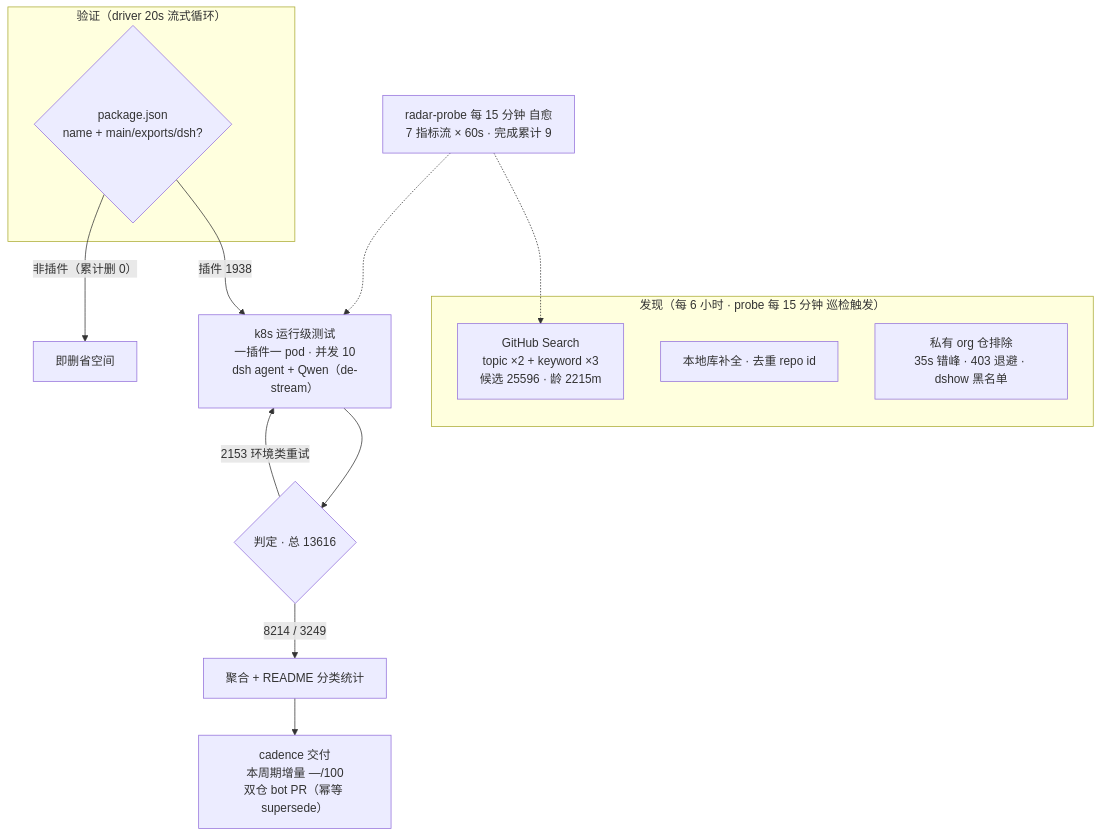
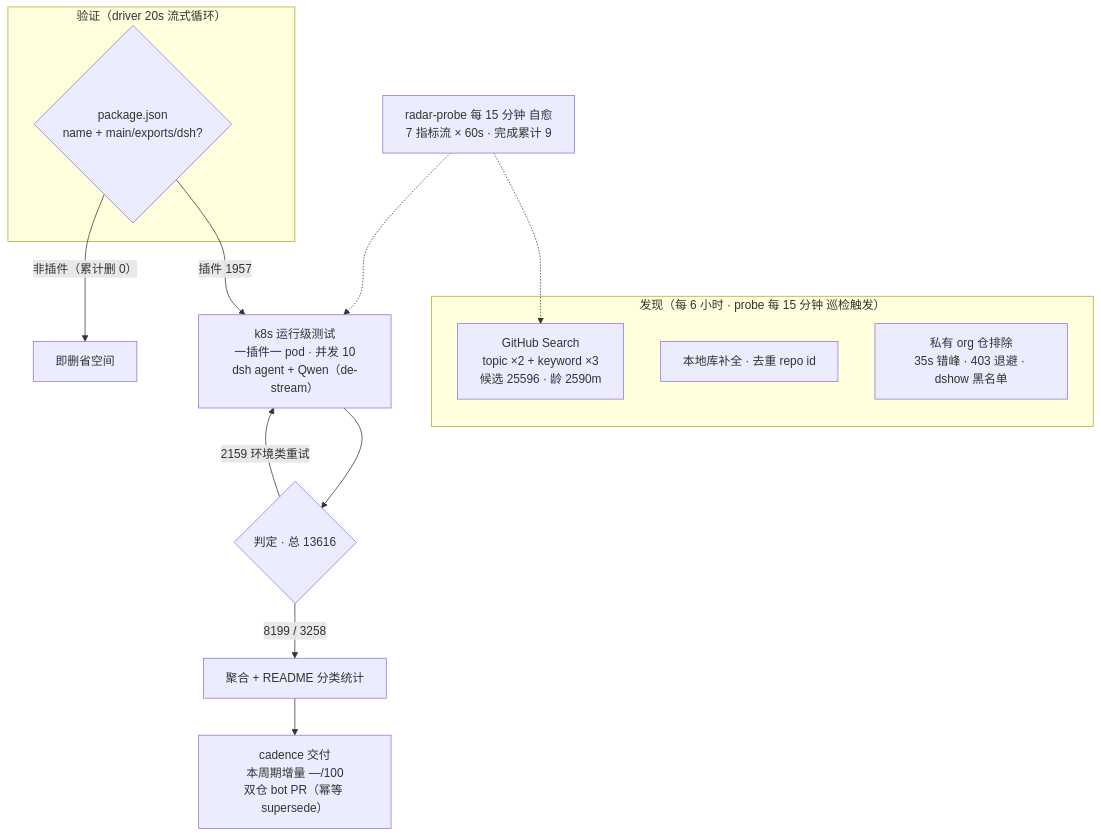
Before and after one commit to Zhidao-Lab-OSS/awesome-dsh-plugins: the diagram in README.md, drawn with Mermaid. The commit also changed other lines of this file and 1 other file, not shown here.

````diff
--- a/README.md
+++ b/README.md
@@ -54,20 +54,20 @@
 ```mermaid
 flowchart TB
     subgraph Discovery["发现（每 6 小时 · probe 每 15 分钟 巡检触发）"]
-        A1["GitHub Search<br/>topic ×2 + keyword ×3<br/>候选 25596 · 龄 2215m"]
+        A1["GitHub Search<br/>topic ×2 + keyword ×3<br/>候选 25596 · 龄 2590m"]
         A2["本地库补全 · 去重 repo id"]
         A3["私有 org 仓排除<br/>35s 错峰 · 403 退避 · dshow 黑名单"]
     end
     subgraph Validation["验证（driver 20s 流式循环）"]
         B1{"package.json<br/>name + main/exports/dsh?"}
     end
-    B1 -->|"插件 1938"| C1["k8s 运行级测试<br/>一插件一 pod · 并发 10<br/>dsh agent + Qwen（de-stream）"]
+    B1 -->|"插件 1957"| C1["k8s 运行级测试<br/>一插件一 pod · 并发 10<br/>dsh agent + Qwen（de-stream）"]
     B1 -->|"非插件（累计删 0）"| B3["即删省空间"]
     C1 --> D1{"判定 · 总 13616"}
-    D1 -->|"8214 / 3249"| E1["聚合 + README 分类统计"]
-    D1 -->|"2153 环境类重试"| C1
+    D1 -->|"8199 / 3258"| E1["聚合 + README 分类统计"]
+    D1 -->|"2159 环境类重试"| C1
     E1 --> E2["cadence 交付<br/>本周期增量 —/100<br/>双仓 bot PR（幂等 supersede）"]
     M["radar-probe 每 15 分钟 自愈<br/>7 指标流 × 60s · 完成累计 9"]
     M -.-> A1
     M -.-> C1
 ```
````
